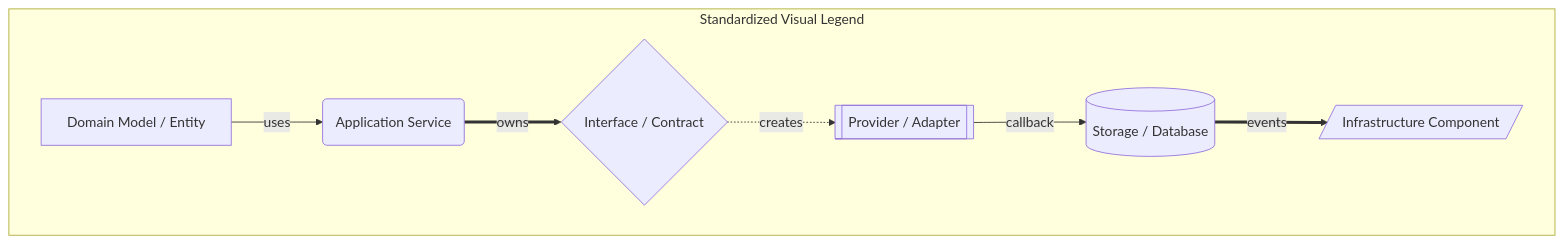
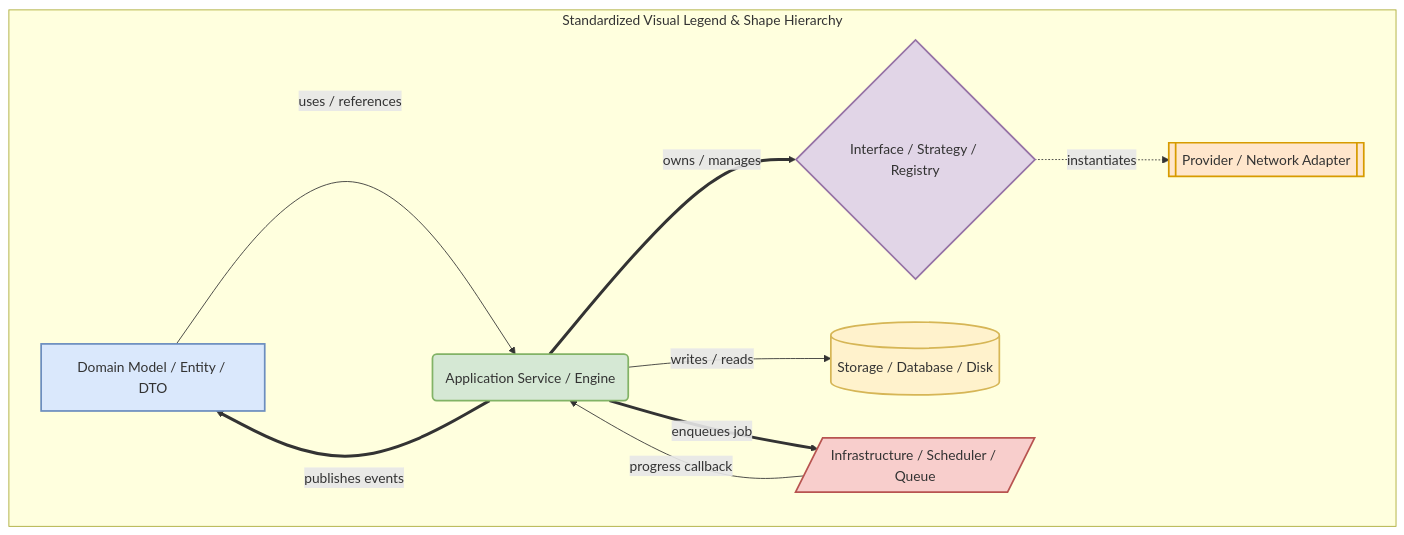
The diagram in architecture/00_Principles.md (vnyvk2/Sita), drawn with Mermaid before and after one commit. The commit also changed other lines of this file and 14 other files, not shown here.

Commit message:
docs(architecture): complete Nora Architecture Atlas and comprehensive subsystem graphs

````diff
--- a/architecture/00_Principles.md
+++ b/architecture/00_Principles.md
@@ -41,17 +77,26 @@
 ```mermaid
 graph TD
-    subgraph Legend ["Standardized Visual Legend"]
-        Domain[Domain Model / Entity]
-        Svc(Application Service)
-        Contract{Interface / Contract}
-        Prov[[Provider / Adapter]]
-        DB[(Storage / Database)]
-        Infra[/Infrastructure Component/]
+    subgraph MasterLegend ["Standardized Visual Legend & Shape Hierarchy"]
+        Domain[Domain Model / Entity / DTO]
+        Svc(Application Service / Engine)
+        Contract{Interface / Strategy / Registry}
+        Prov[[Provider / Network Adapter]]
+        DB[(Storage / Database / Disk)]
+        Infra[/Infrastructure / Scheduler / Queue/]
     end
 
-    Domain -->|uses| Svc
-    Svc ==>|owns| Contract
-    Contract -.->|creates| Prov
-    Prov -- callback --> DB
-    DB ==>|events| Infra
+    Domain -->|uses / references| Svc
+    Svc ==>|owns / manages| Contract
+    Contract -.->|instantiates| Prov
+    Svc -->|writes / reads| DB
+    Svc ==>|enqueues job| Infra
+    Infra -- progress callback --> Svc
+    Svc ==>|publishes events| Domain
+
+    style Domain fill:#dae8fc,stroke:#6c8ebf,stroke-width:2px
+    style Svc fill:#d5e8d4,stroke:#82b366,stroke-width:2px
+    style Contract fill:#e1d5e7,stroke:#9673a6,stroke-width:2px
+    style Prov fill:#ffe6cc,stroke:#d79b00,stroke-width:2px
+    style DB fill:#fff2cc,stroke:#d6b656,stroke-width:2px
+    style Infra fill:#f8cecc,stroke:#b85450,stroke-width:2px
 ```
````
